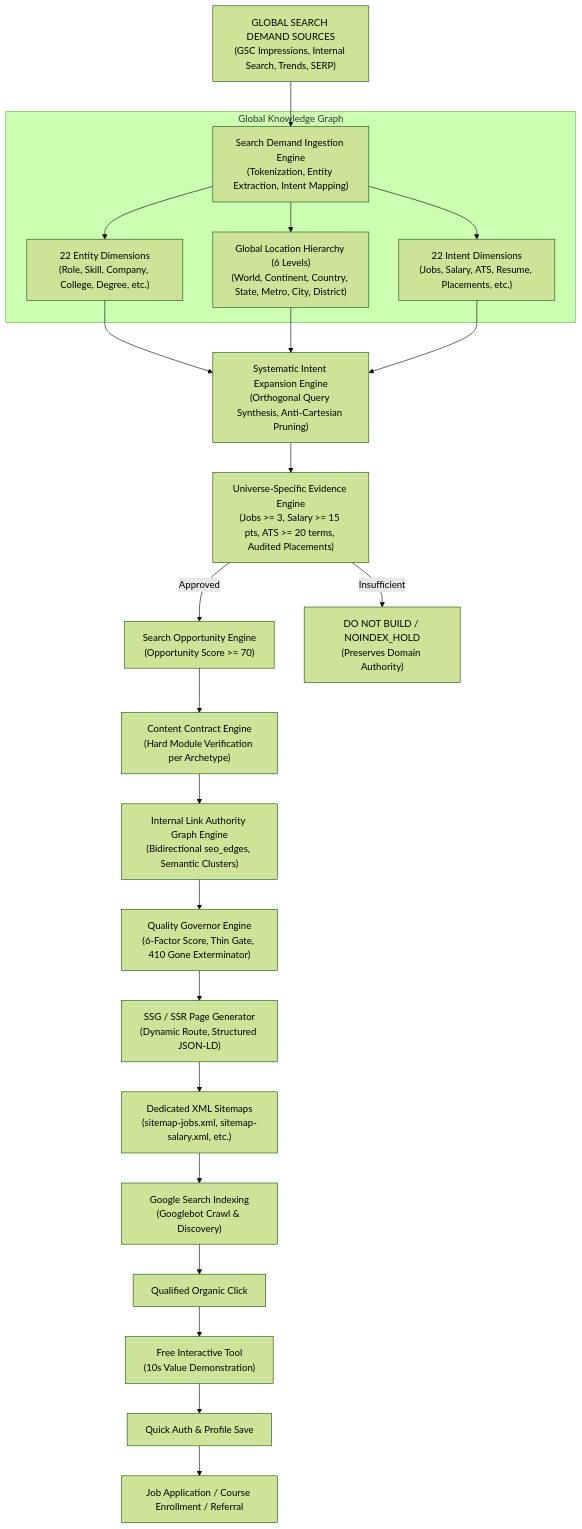
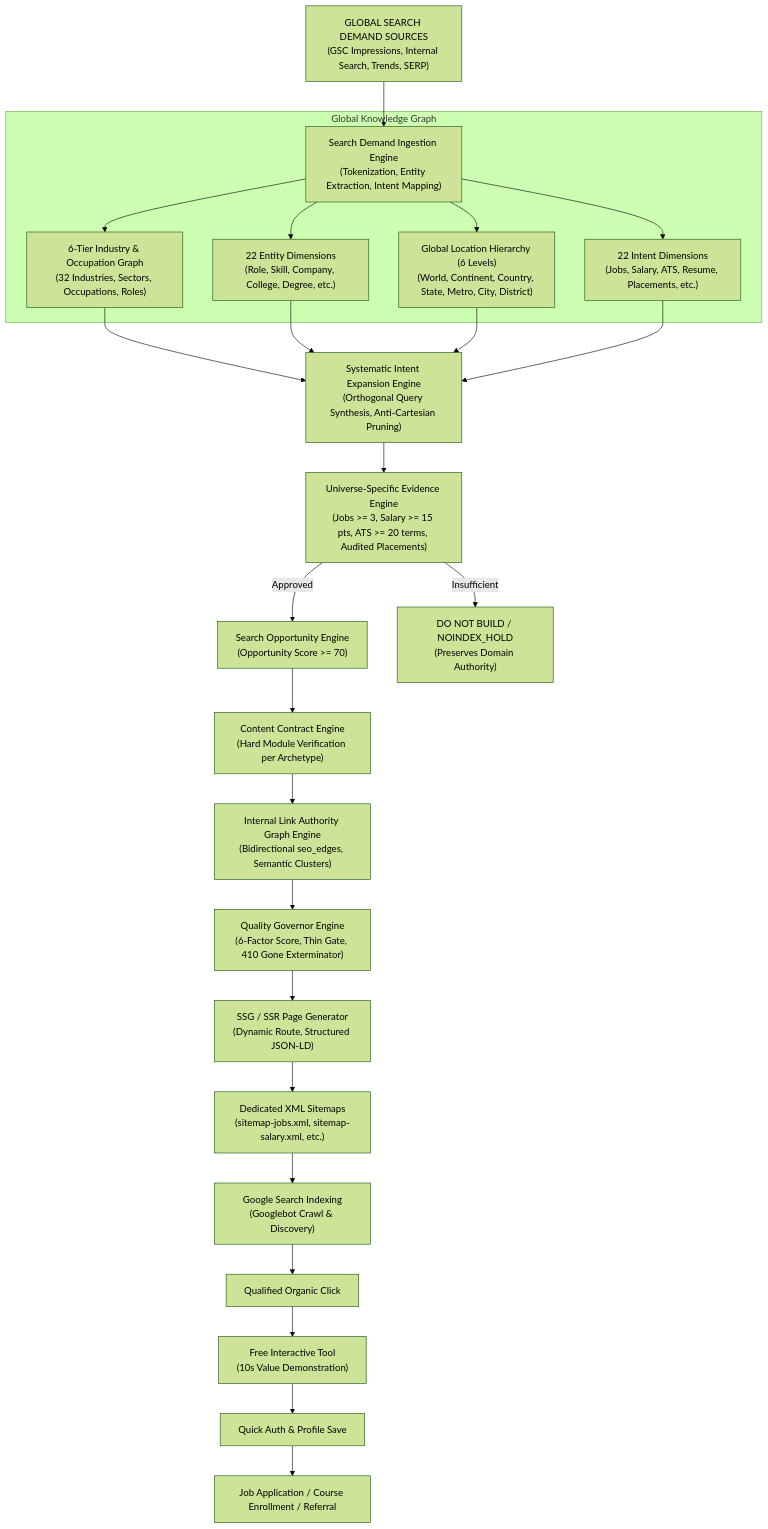
Before and after one commit to talentxcelpro/career-pathways-ai-builder: the first of 3 diagrams in TALENTXCEL_GLOBAL_SEARCH_GRAPH_OS_V2.md, drawn with Mermaid (forest theme). The commit also changed other lines of this file and 46 other files, not shown here.

First line of the commit message:
feat(search-graph): scale TalentXcel to 1 BILLION+ multi-industry global career graph OS v2

````diff
--- a/TALENTXCEL_GLOBAL_SEARCH_GRAPH_OS_V2.md
+++ b/TALENTXCEL_GLOBAL_SEARCH_GRAPH_OS_V2.md
@@ -24,32 +33,34 @@
 ```mermaid
 flowchart TD
     DemandSources["GLOBAL SEARCH DEMAND SOURCES<br/>(GSC Impressions, Internal Search, Trends, SERP)"] --> IngestionEngine["Search Demand Ingestion Engine<br/>(Tokenization, Entity Extraction, Intent Mapping)"]
     
     subgraph CoreTaxonomy["Global Knowledge Graph"]
+        IngestionEngine --> IndustryGraph["6-Tier Industry & Occupation Graph<br/>(32 Industries, Sectors, Occupations, Roles)"]
         IngestionEngine --> EntityRegistry["22 Entity Dimensions<br/>(Role, Skill, Company, College, Degree, etc.)"]
         IngestionEngine --> LocationEngine["Global Location Hierarchy (6 Levels)<br/>(World, Continent, Country, State, Metro, City, District)"]
         IngestionEngine --> IntentRegistry["22 Intent Dimensions<br/>(Jobs, Salary, ATS, Resume, Placements, etc.)"]
     end
     
-    EntityRegistry --> ExpansionEngine["Systematic Intent Expansion Engine<br/>(Orthogonal Query Synthesis, Anti-Cartesian Pruning)"]
+    IndustryGraph --> ExpansionEngine["Systematic Intent Expansion Engine<br/>(Orthogonal Query Synthesis, Anti-Cartesian Pruning)"]
+    EntityRegistry --> ExpansionEngine
     LocationEngine --> ExpansionEngine
     IntentRegistry --> ExpansionEngine
     
     ExpansionEngine --> EvidenceEngine["Universe-Specific Evidence Engine<br/>(Jobs >= 3, Salary >= 15 pts, ATS >= 20 terms, Audited Placements)"]
     
     EvidenceEngine -- "Approved" --> OppEngine["Search Opportunity Engine<br/>(Opportunity Score >= 70)"]
     EvidenceEngine -- "Insufficient" --> DoNotBuild["DO NOT BUILD / NOINDEX_HOLD<br/>(Preserves Domain Authority)"]
     
     OppEngine --> ContentContract["Content Contract Engine<br/>(Hard Module Verification per Archetype)"]
     ContentContract --> LinkEngine["Internal Link Authority Graph Engine<br/>(Bidirectional seo_edges, Semantic Clusters)"]
     LinkEngine --> Governor["Quality Governor Engine<br/>(6-Factor Score, Thin Gate, 410 Gone Exterminator)"]
     
     Governor --> Rendering["SSG / SSR Page Generator<br/>(Dynamic Route, Structured JSON-LD)"]
     Rendering --> Sitemap["Dedicated XML Sitemaps<br/>(sitemap-jobs.xml, sitemap-salary.xml, etc.)"]
     Sitemap --> Google["Google Search Indexing<br/>(Googlebot Crawl & Discovery)"]
     
     Google --> Click["Qualified Organic Click"]
     Click --> FreeTool["Free Interactive Tool<br/>(10s Value Demonstration)"]
     FreeTool --> QuickAuth["Quick Auth & Profile Save"]
     QuickAuth --> Conversion["Job Application / Course Enrollment / Referral"]
 ```
````
